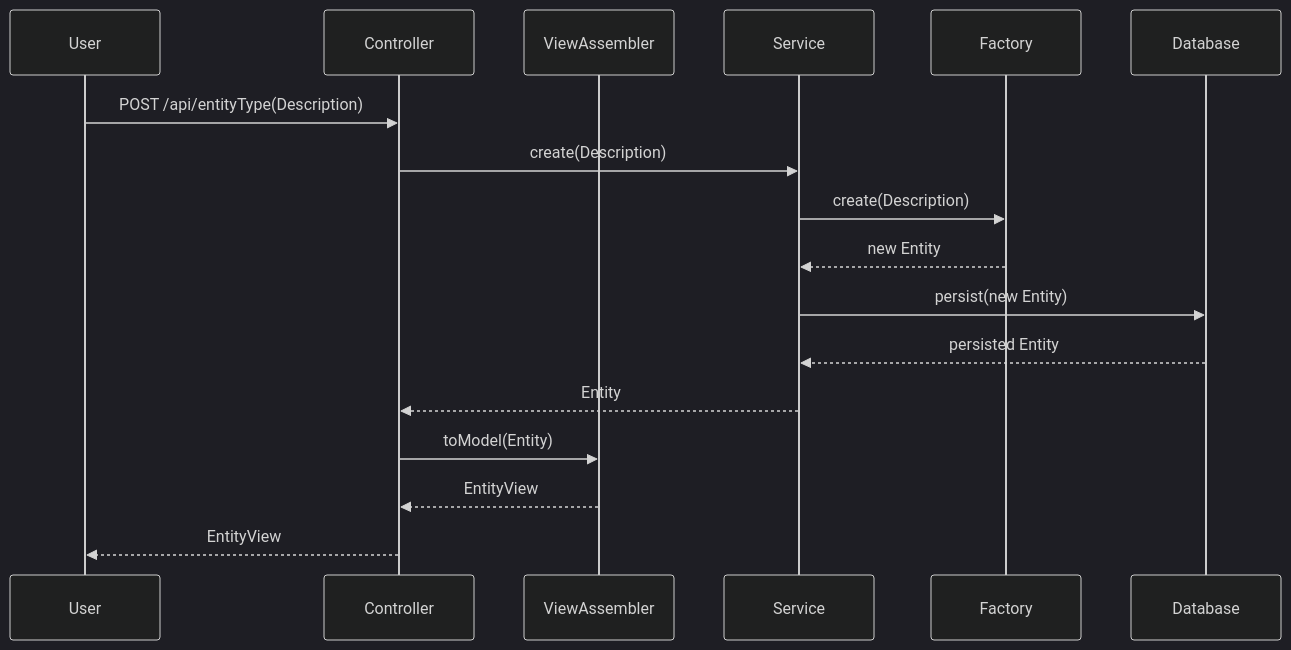
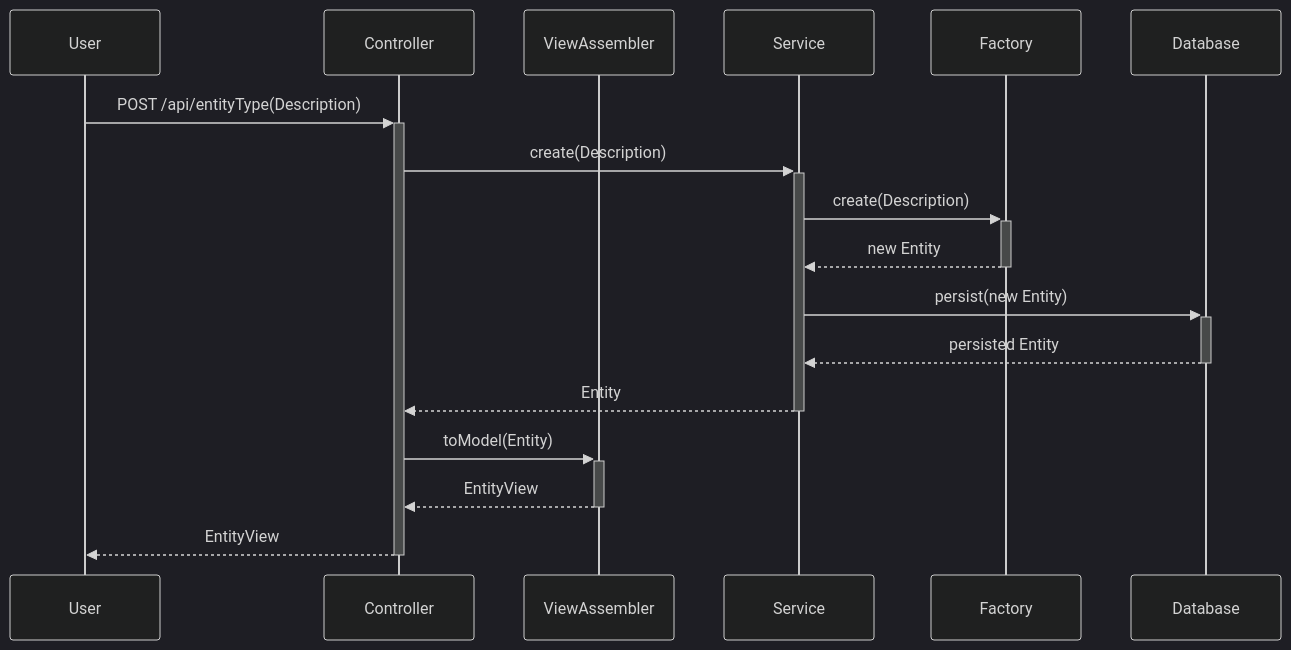
The diagram in docs/assets/files/resources/resource_sequence.mmd (FraunhoferISST/DataspaceConnector), drawn with Mermaid (dark theme) before and after one commit.

Commit message:
chore: add lifetime to actions

```diff
--- a/docs/assets/files/resources/resource_sequence.mmd
+++ b/docs/assets/files/resources/resource_sequence.mmd
@@ -1,14 +1,14 @@
 sequenceDiagram
     participant User
     participant Controller
     participant ViewAssembler
-    User ->> Controller: POST /api/entityType(Description)
-    Controller ->> Service: create(Description)
-    Service ->> Factory: create(Description)
-    Factory -->> Service: new Entity
-    Service ->> Database: persist(new Entity)
-    Database -->> Service: persisted Entity
-    Service -->> Controller: Entity
-    Controller ->> ViewAssembler: toModel(Entity)
-    ViewAssembler -->> Controller: EntityView
-    Controller -->> User: EntityView
+    User->>+Controller: POST /api/entityType(Description)
+    Controller->>+Service: create(Description)
+    Service->>+Factory: create(Description)
+    Factory-->>-Service: new Entity
+    Service->>+Database: persist(new Entity)
+    Database-->>-Service: persisted Entity
+    Service-->>-Controller: Entity
+    Controller->>+ViewAssembler: toModel(Entity)
+    ViewAssembler-->>-Controller: EntityView
+    Controller-->>-User: EntityView
```
